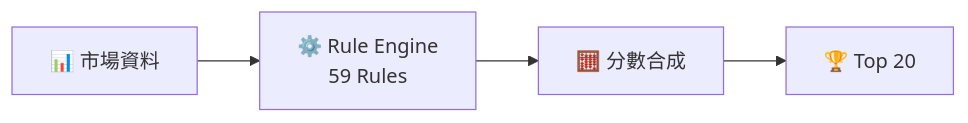
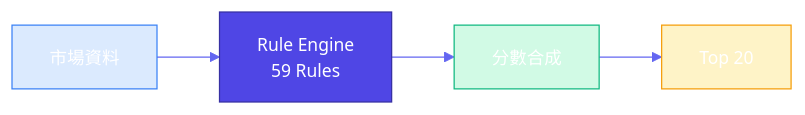
Before and after one commit to Neal75418/afterclose: the first of 3 diagrams in docs/RULE_ENGINE.md, drawn with Mermaid. The commit also changed other lines of this file and 4 other files, not shown here.

First line of the commit message:
docs: unify markdown style with professional Mermaid diagrams

````diff
--- a/docs/RULE_ENGINE.md
+++ b/docs/RULE_ENGINE.md
@@ -9,6 +9,12 @@
 ```mermaid
+%%{init: {'theme': 'base', 'themeVariables': {'primaryColor': '#4F46E5', 'primaryTextColor': '#fff', 'primaryBorderColor': '#3730A3', 'lineColor': '#6366F1', 'fontSize': '14px'}}}%%
 flowchart LR
-    Data["📊 市場資料"] --> Engine["⚙️ Rule Engine<br/>59 Rules"]
-    Engine --> Score["🧮 分數合成"]
-    Score --> Top["🏆 Top 20"]
+    Data["市場資料"] --> Engine["Rule Engine\n59 Rules"]
+    Engine --> Score["分數合成"]
+    Score --> Top["Top 20"]
+
+    style Data fill:#DBEAFE,stroke:#3B82F6
+    style Engine fill:#4F46E5,stroke:#3730A3,color:#fff
+    style Score fill:#D1FAE5,stroke:#10B981
+    style Top fill:#FEF3C7,stroke:#F59E0B
 ```
````
